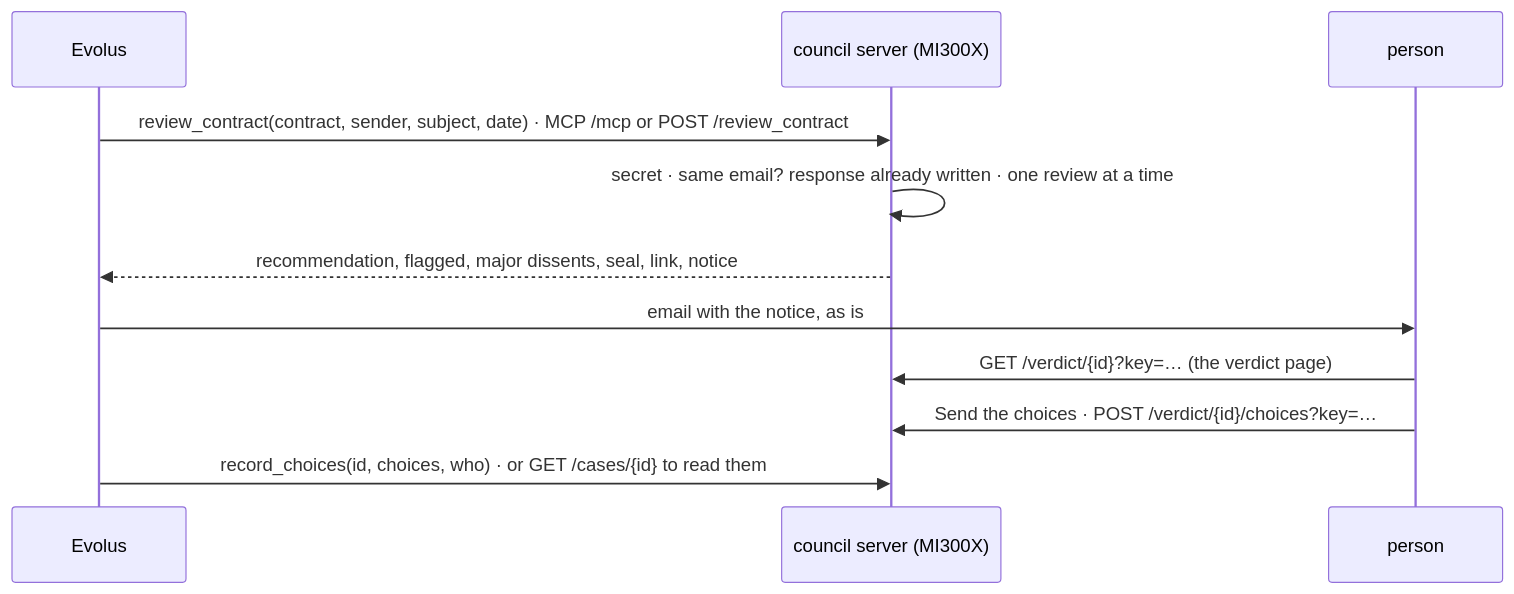
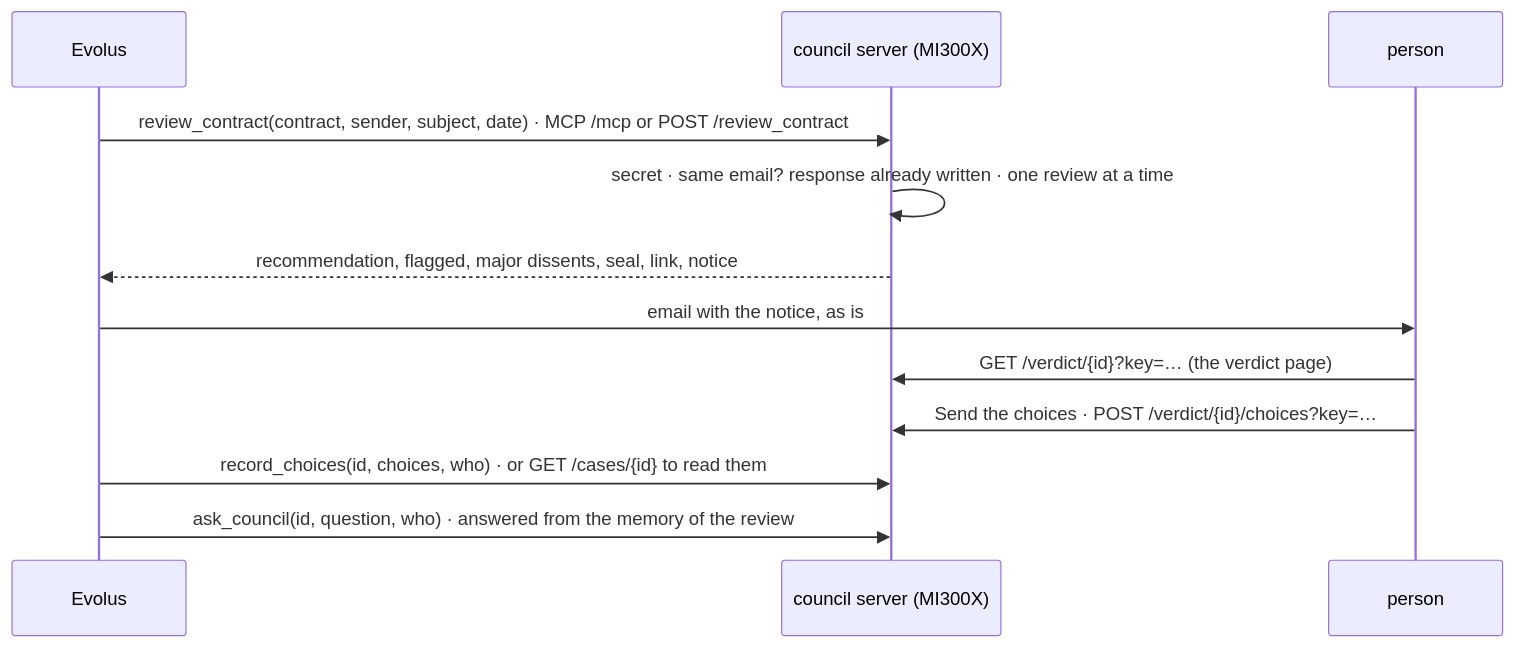
Before and after one commit to AIVolve-Team/the-silent-council: the diagram in council/service/README.md, drawn with Mermaid. The commit also changed other lines of this file and 2 other files, not shown here.

First line of the commit message:
docs: the READMEs say what the visual mode, the institutional memory and the Evolus flow do today

````diff
--- a/council/service/README.md
+++ b/council/service/README.md
@@ -7,13 +7,14 @@
 ```mermaid
 sequenceDiagram
     participant E as Evolus
     participant S as council server (MI300X)
     participant P as person
     E->>S: review_contract(contract, sender, subject, date) · MCP /mcp or POST /review_contract
     S->>S: secret · same email? response already written · one review at a time
     S-->>E: recommendation, flagged, major dissents, seal, link, notice
     E->>P: email with the notice, as is
     P->>S: GET /verdict/{id}?key=… (the verdict page)
     P->>S: Send the choices · POST /verdict/{id}/choices?key=…
     E->>S: record_choices(id, choices, who) · or GET /cases/{id} to read them
+    E->>S: ask_council(id, question, who) · answered from the memory of the review
 ```
````
